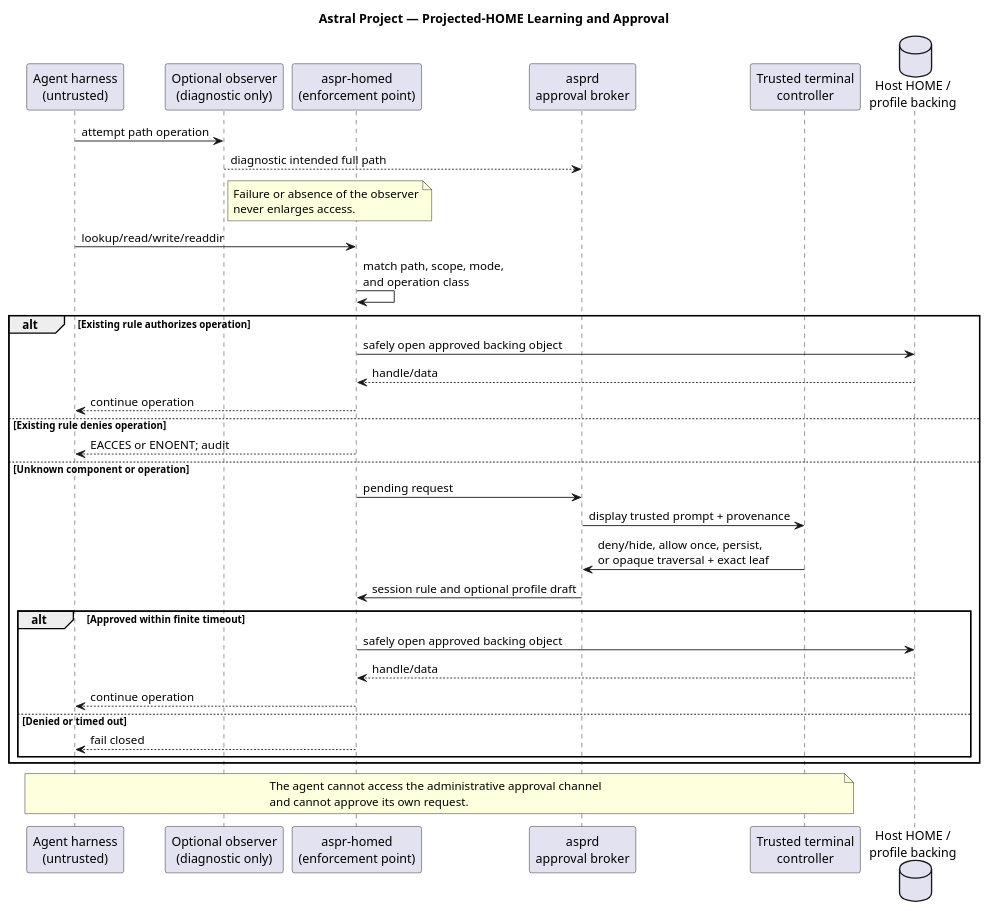
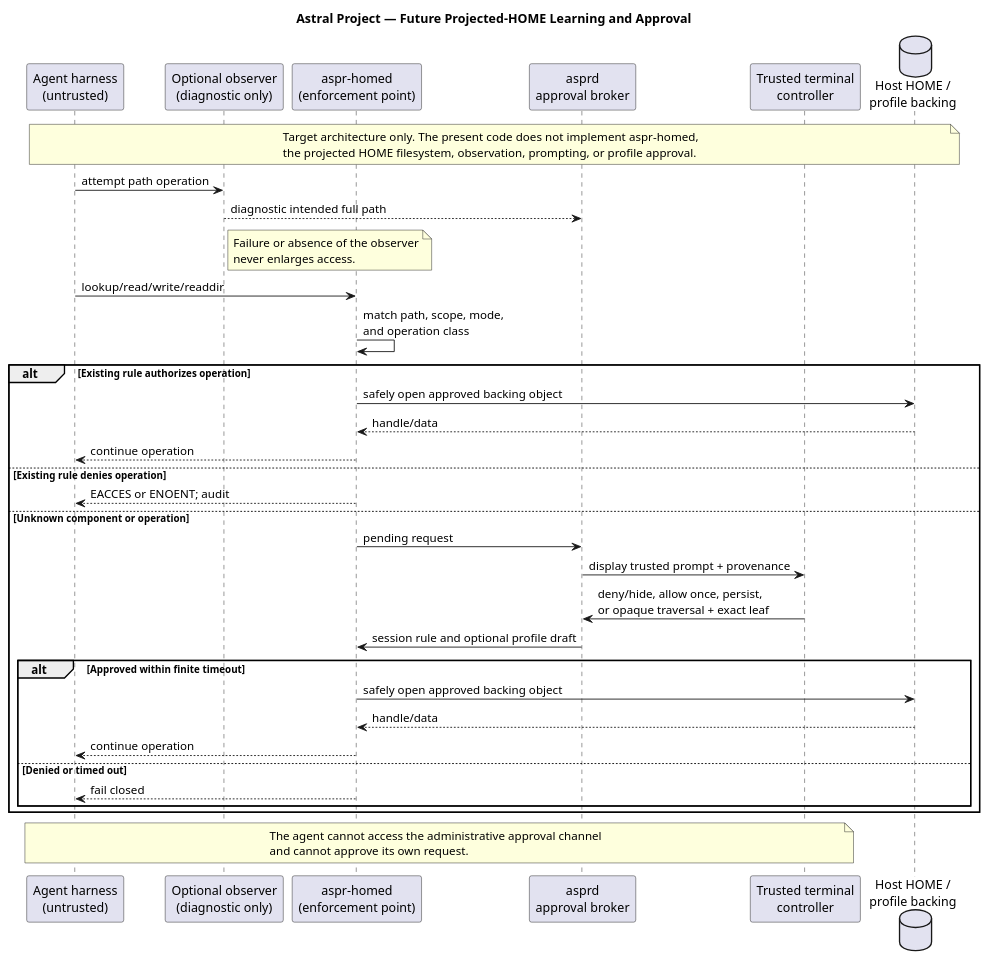
One commit to v7x/astral-project changed the diagram in diagrams/04-profile-learning-sequence.puml. Above: the diagram before and after it, drawn with PlantUML. The commit also changed 9 other files, not shown here.

Commit message:
Update architecture diagrams and remaining work

```diff
--- a/diagrams/04-profile-learning-sequence.puml
+++ b/diagrams/04-profile-learning-sequence.puml
@@ -1,47 +1,51 @@
 @startuml
-skinparam backgroundColor white
-title Astral Project — Projected-HOME Learning and Approval
+title Astral Project — Future Projected-HOME Learning and Approval
 skinparam shadowing false
+
+note across
+Target architecture only. The present code does not implement aspr-homed,
+the projected HOME filesystem, observation, prompting, or profile approval.
+end note
 
 participant "Agent harness\n(untrusted)" as A
 participant "Optional observer\n(diagnostic only)" as O
 participant "aspr-homed\n(enforcement point)" as F
 participant "asprd\napproval broker" as D
 participant "Trusted terminal\ncontroller" as U
 database "Host HOME /\nprofile backing" as H
 
 A -> O : attempt path operation
 O --> D : diagnostic intended full path
 note right of O
 Failure or absence of the observer
 never enlarges access.
 end note
 
 A -> F : lookup/read/write/readdir
 F -> F : match path, scope, mode,\nand operation class
 
 alt Existing rule authorizes operation
   F -> H : safely open approved backing object
   H --> F : handle/data
   F --> A : continue operation
 else Existing rule denies operation
   F --> A : EACCES or ENOENT; audit
 else Unknown component or operation
   F -> D : pending request
   D -> U : display trusted prompt + provenance
   U -> D : deny/hide, allow once, persist,\nor opaque traversal + exact leaf
   D -> F : session rule and optional profile draft
   alt Approved within finite timeout
     F -> H : safely open approved backing object
     H --> F : handle/data
     F --> A : continue operation
   else Denied or timed out
     F --> A : fail closed
   end
 end
 
 note over A,U
 The agent cannot access the administrative approval channel
 and cannot approve its own request.
 end note
 @enduml
```
